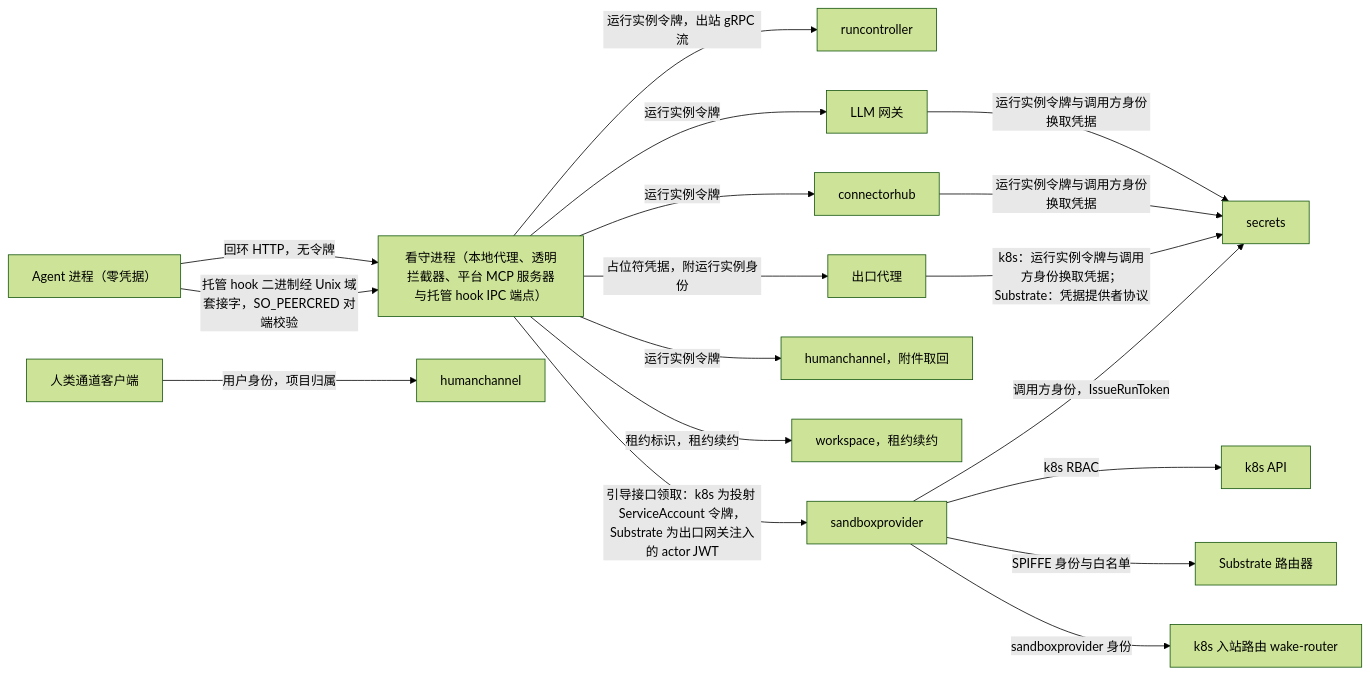
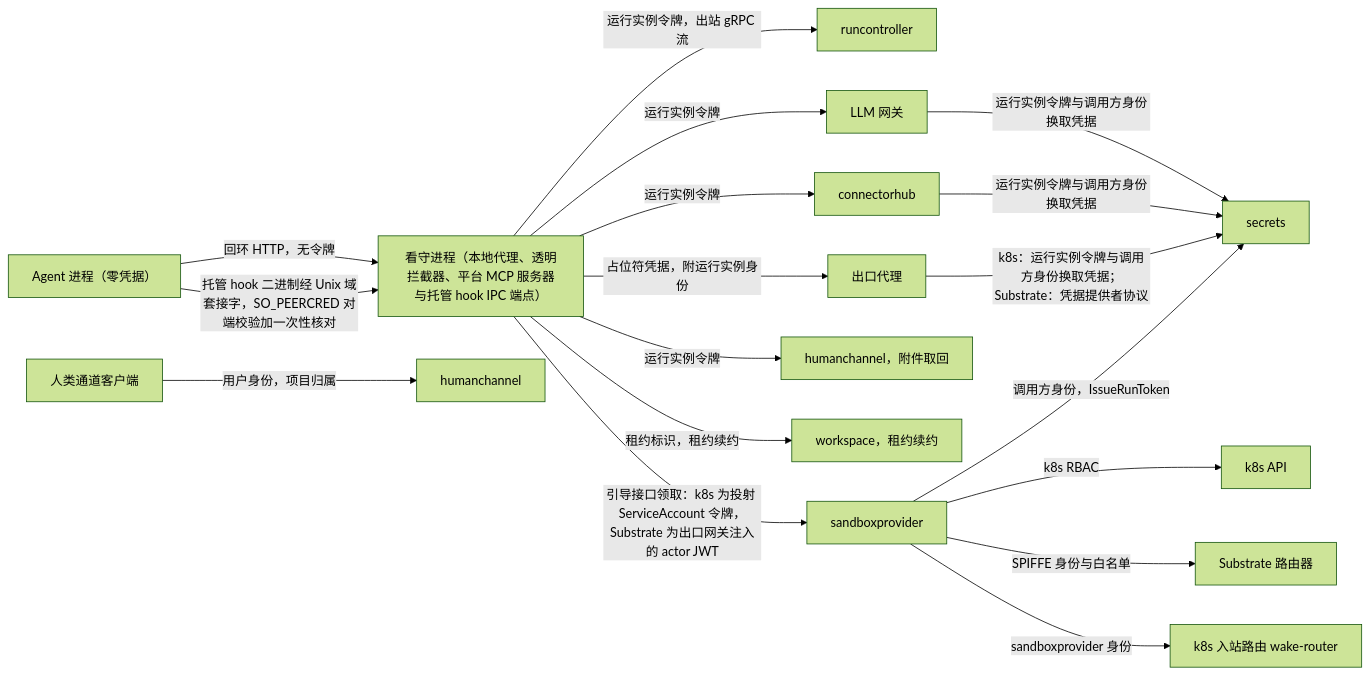
One commit to wangzw/castworks changed the eighth of 8 diagrams in docs/design/architecture.md. Above: the diagram before and after it, drawn with Mermaid (forest theme). The commit also changed other lines of this file and 9 other files, not shown here.

````diff
--- a/docs/design/architecture.md
+++ b/docs/design/architecture.md
@@ -604,20 +604,20 @@
 ```mermaid
 graph LR
     agent["Agent 进程（零凭据）"] -->|"回环 HTTP，无令牌"| warden["看守进程（本地代理、透明拦截器、平台 MCP 服务器与托管 hook IPC 端点）"]
-    agent -->|"托管 hook 二进制经 Unix 域套接字，SO_PEERCRED 对端校验"| warden
+    agent -->|"托管 hook 二进制经 Unix 域套接字，SO_PEERCRED 对端校验加一次性核对"| warden
     warden -->|"运行实例令牌，出站 gRPC 流"| rc["runcontroller"]
     warden -->|"运行实例令牌"| gw["LLM 网关"]
     warden -->|"运行实例令牌"| hub["connectorhub"]
     warden -->|"占位符凭据，附运行实例身份"| egress["出口代理"]
     warden -->|"运行实例令牌"| hc2["humanchannel，附件取回"]
     warden -->|"租约标识，租约续约"| ws2["workspace，租约续约"]
     gw -->|"运行实例令牌与调用方身份换取凭据"| sec["secrets"]
     hub -->|"运行实例令牌与调用方身份换取凭据"| sec
     egress -->|"k8s：运行实例令牌与调用方身份换取凭据；Substrate：凭据提供者协议"| sec
     sp["sandboxprovider"] -->|"k8s RBAC"| k8s["k8s API"]
     sp -->|"SPIFFE 身份与白名单"| router["Substrate 路由器"]
     sp -->|"sandboxprovider 身份"| k8srouter["k8s 入站路由 wake-router"]
     warden -->|"引导接口领取：k8s 为投射 ServiceAccount 令牌，Substrate 为出口网关注入的 actor JWT"| sp
     sp -->|"调用方身份，IssueRunToken"| sec
     user["人类通道客户端"] -->|"用户身份，项目归属"| hc["humanchannel"]
 ```
````
